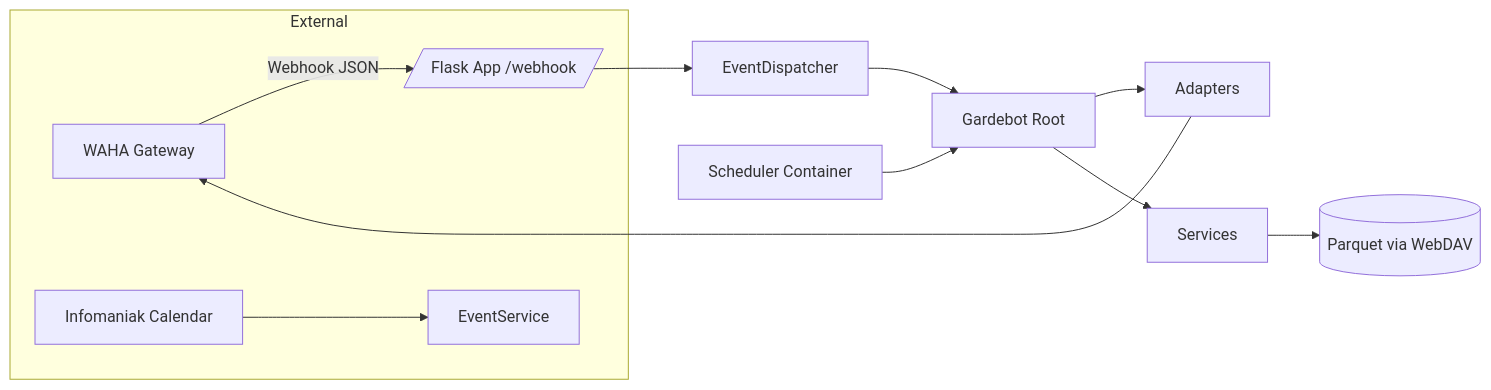
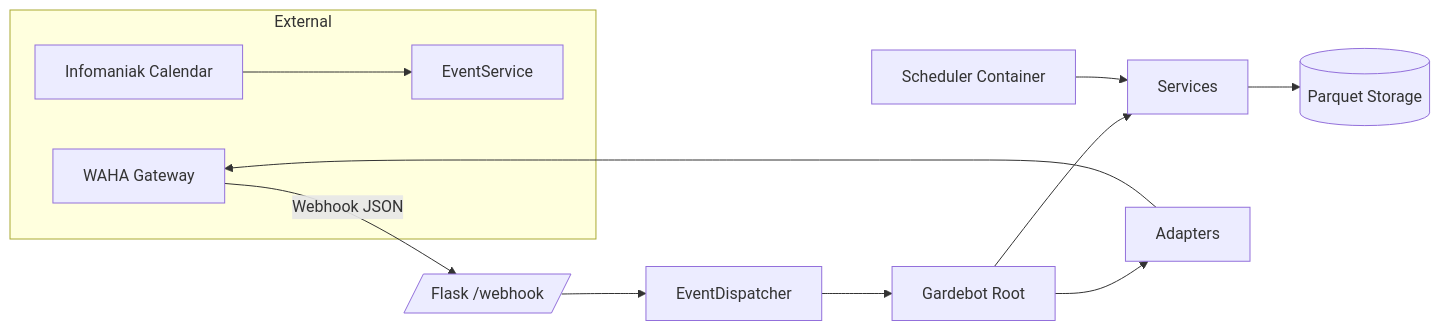
The first of 3 diagrams in README.md (Gardebot/Gardebot), drawn with Mermaid before and after one commit. The commit also changed other lines of this file, not shown here.

````diff
--- a/README.md
+++ b/README.md
@@ -29,14 +17,15 @@
 ```mermaid
 flowchart LR
     subgraph External
-      WAHA[WAHA Gateway] -->|Webhook JSON| Flask[/Flask App /webhook/]
       Cal[Infomaniak Calendar] --> EventService
+      WAHA[WAHA Gateway]
     end
-    Flask --> Dispatcher[EventDispatcher]
+    WAHA -->|Webhook JSON| WebApp[/Flask /webhook/]
+    WebApp --> Dispatcher[EventDispatcher]
     Dispatcher --> Core[Gardebot Root]
+    Core --> Services
     Core --> Adapters
+    Services --> Repos[(Parquet Storage)]
+    Cron[Scheduler Container] --> Services
     Adapters --> WAHA
-    Core --> Services
-    Services --> Repositories[(Parquet via WebDAV)]
-    Cron[Scheduler Container] --> Core
 ```
````
